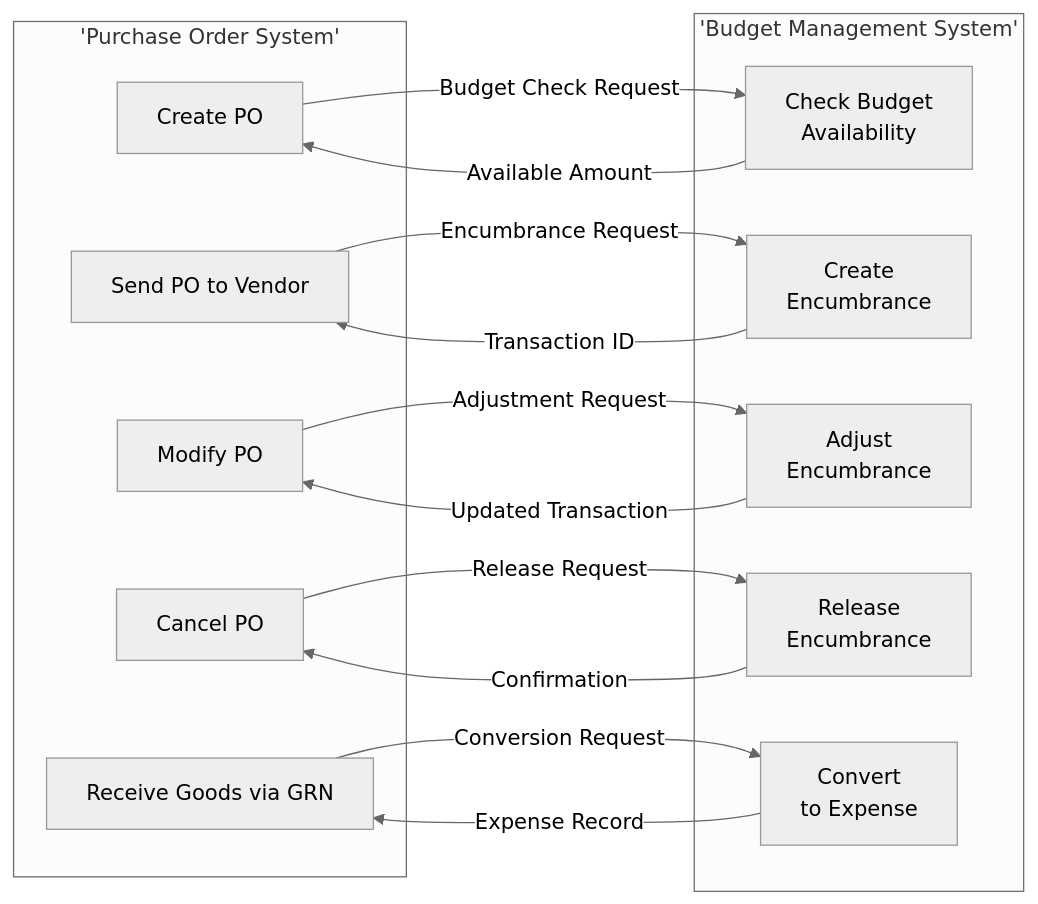
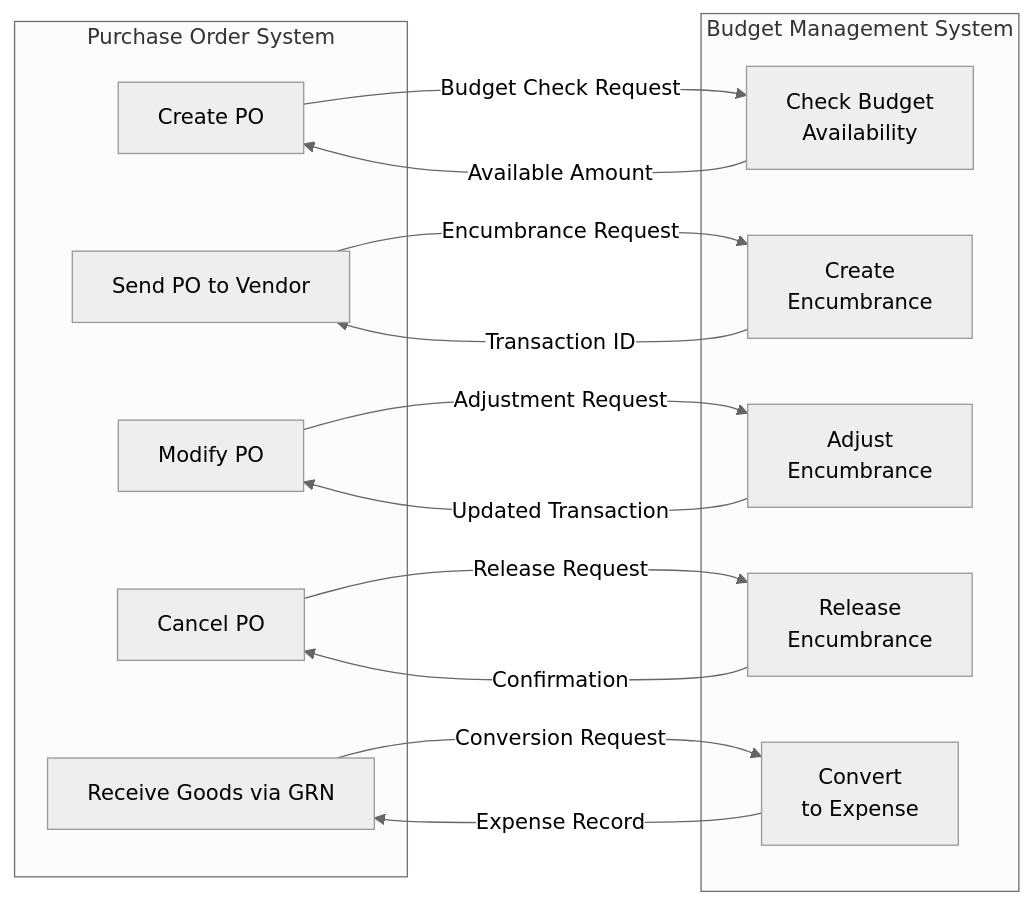
Before and after one commit to PeakMNA/carmen: the sixth of 11 diagrams in docs/app/procurement/purchase-orders/FD-purchase-orders.md, drawn with Mermaid (neutral theme). The commit also changed other lines of this file and 473 other files, not shown here.

````diff
--- a/docs/app/procurement/purchase-orders/FD-purchase-orders.md
+++ b/docs/app/procurement/purchase-orders/FD-purchase-orders.md
@@ -396,33 +380,33 @@
 ```mermaid
 graph LR
-    subgraph PO_System['Purchase Order System']
+    subgraph PO_System[Purchase Order System]
         CreatePO[Create PO]
         SendPO[Send PO to Vendor]
         ModifyPO[Modify PO]
         CancelPO[Cancel PO]
         ReceiveGoods[Receive Goods via GRN]
     end
 
-    subgraph Budget_System['Budget Management System']
+    subgraph Budget_System[Budget Management System]
         CheckAvailability[Check Budget<br>Availability]
         CreateEncumbrance[Create<br>Encumbrance]
         AdjustEncumbrance[Adjust<br>Encumbrance]
         ReleaseEncumbrance[Release<br>Encumbrance]
         ConvertToExpense[Convert<br>to Expense]
     end
 
     CreatePO -->|Budget Check Request| CheckAvailability
     CheckAvailability -->|Available Amount| CreatePO
 
     SendPO -->|Encumbrance Request| CreateEncumbrance
     CreateEncumbrance -->|Transaction ID| SendPO
     
     ModifyPO -->|Adjustment Request| AdjustEncumbrance
     AdjustEncumbrance -->|Updated Transaction| ModifyPO
     
     CancelPO -->|Release Request| ReleaseEncumbrance
     ReleaseEncumbrance -->|Confirmation| CancelPO
     
     ReceiveGoods -->|Conversion Request| ConvertToExpense
     ConvertToExpense -->|Expense Record| ReceiveGoods
 ```
````
